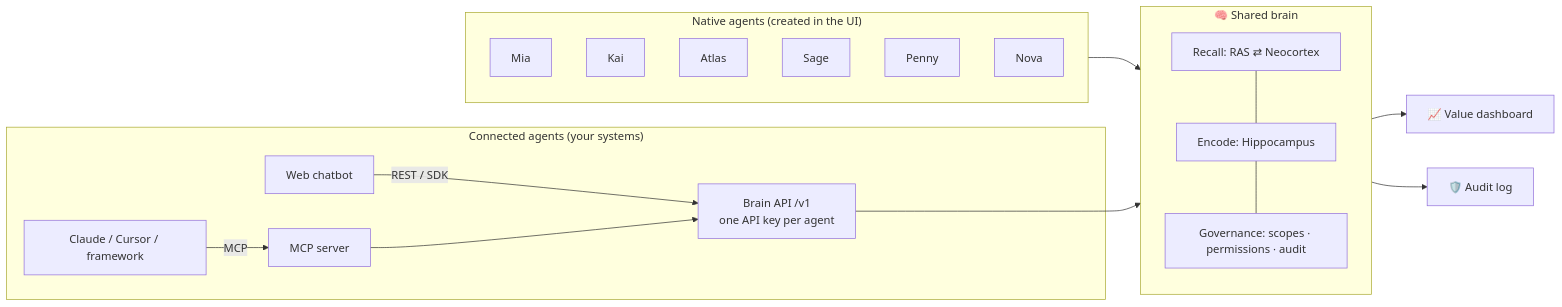
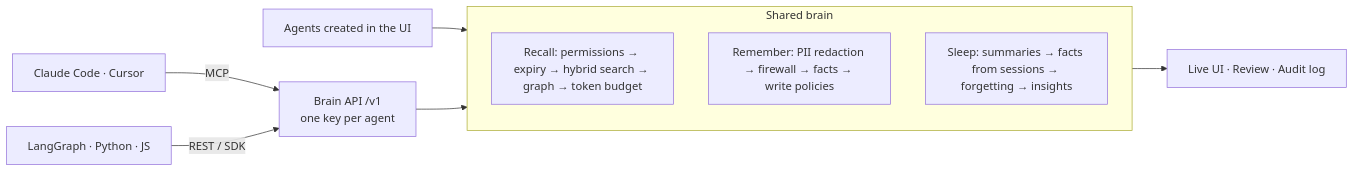
The diagram in README.md (leluong141996-dev/Agent-Brain-Hub), drawn with Mermaid before and after one commit. The commit also changed other lines of this file and 7 other files, not shown here.

````diff
--- a/README.md
+++ b/README.md
@@ -102,17 +107,14 @@
 ```mermaid
 flowchart LR
-  subgraph Native["Native agents (created in the UI)"]
-    M[Mia] & K[Kai] & A[Atlas] & S[Sage] & P[Penny] & N[Nova]
+  A[Claude Code · Cursor] -->|MCP| API
+  B[LangGraph · Python · JS] -->|REST / SDK| API
+  C[Agents created in the UI] --> BRAIN
+  API["Brain API /v1<br/>one key per agent"] --> BRAIN
+  subgraph BRAIN["Shared brain"]
+    direction TB
+    R[Recall: permissions → expiry → hybrid search → graph → token budget]
+    E[Remember: PII redaction → firewall → facts → write policies]
+    S[Sleep: summaries → facts from sessions → forgetting → insights]
   end
-  subgraph Connected["Connected agents (your systems)"]
-    W[Web chatbot] -->|REST / SDK| API
-    C[Claude / Cursor / framework] -->|MCP| MCP[MCP server] --> API
-  end
-  Native --> BRAIN
-  API["Brain API /v1<br/>one API key per agent"] --> BRAIN
-  subgraph BRAIN["🧠 Shared brain"]
-    direction TB
-    R[Recall: RAS ⇄ Neocortex] --- E[Encode: Hippocampus] --- G[Governance: scopes · permissions · audit]
-  end
-  BRAIN --> V[📈 Value dashboard] & AU[🛡️ Audit log]
+  BRAIN --> U[Live UI · Review · Audit log]
 ```
````
